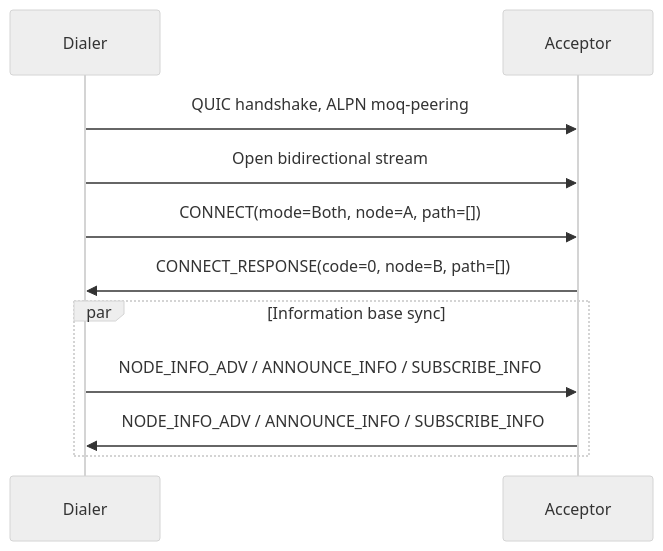
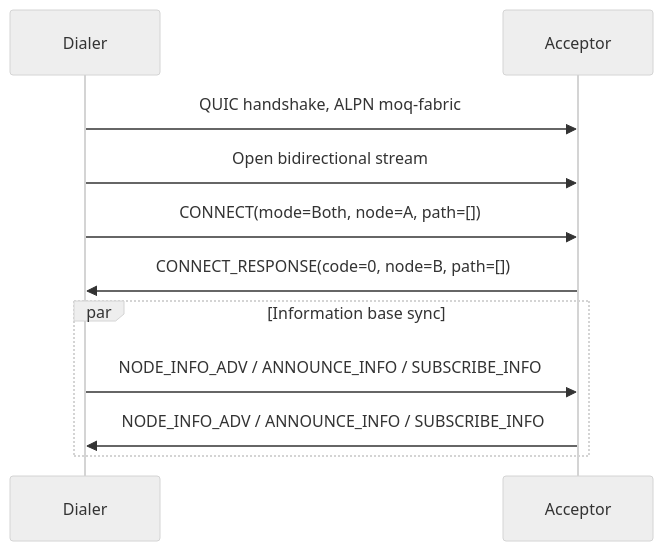
Before and after one commit to Quicr/moq-fabric: the diagram in docs/relay-protocol.md, drawn with Mermaid (neutral theme). The commit also changed other lines of this file and 88 other files, not shown here.

Commit message:
Rename to moq-fabric

````diff
--- a/docs/relay-protocol.md
+++ b/docs/relay-protocol.md
@@ -413,13 +413,13 @@
 ```mermaid
 sequenceDiagram
     participant A as Dialer
     participant B as Acceptor
-    A->>B: QUIC handshake, ALPN moq-peering
+    A->>B: QUIC handshake, ALPN moq-fabric
     A->>B: Open bidirectional stream
     A->>B: CONNECT(mode=Both, node=A, path=[])
     B->>A: CONNECT_RESPONSE(code=0, node=B, path=[])
     par Information base sync
         A->>B: NODE_INFO_ADV / ANNOUNCE_INFO / SUBSCRIBE_INFO
         B->>A: NODE_INFO_ADV / ANNOUNCE_INFO / SUBSCRIBE_INFO
     end
 ```
````
